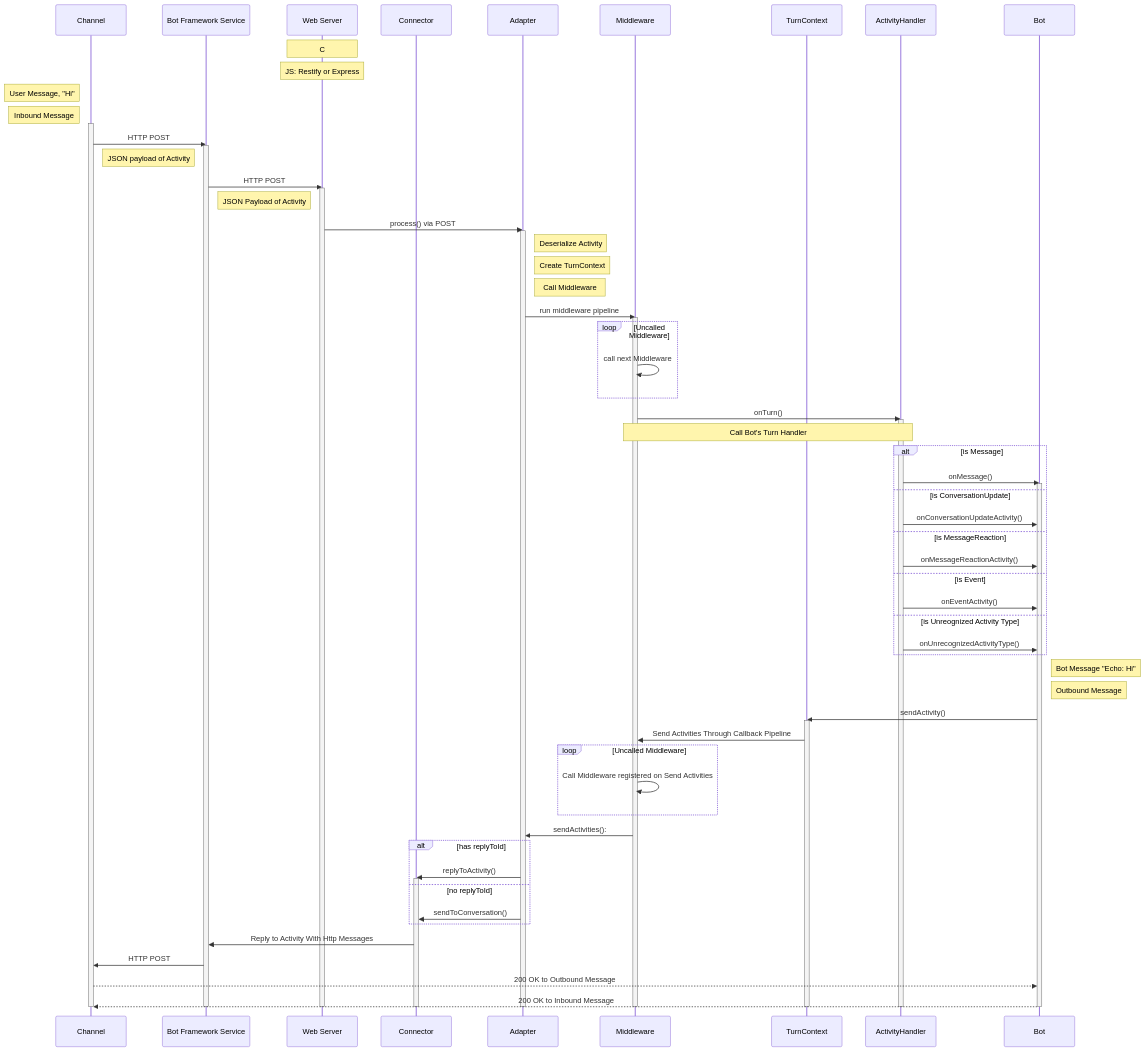
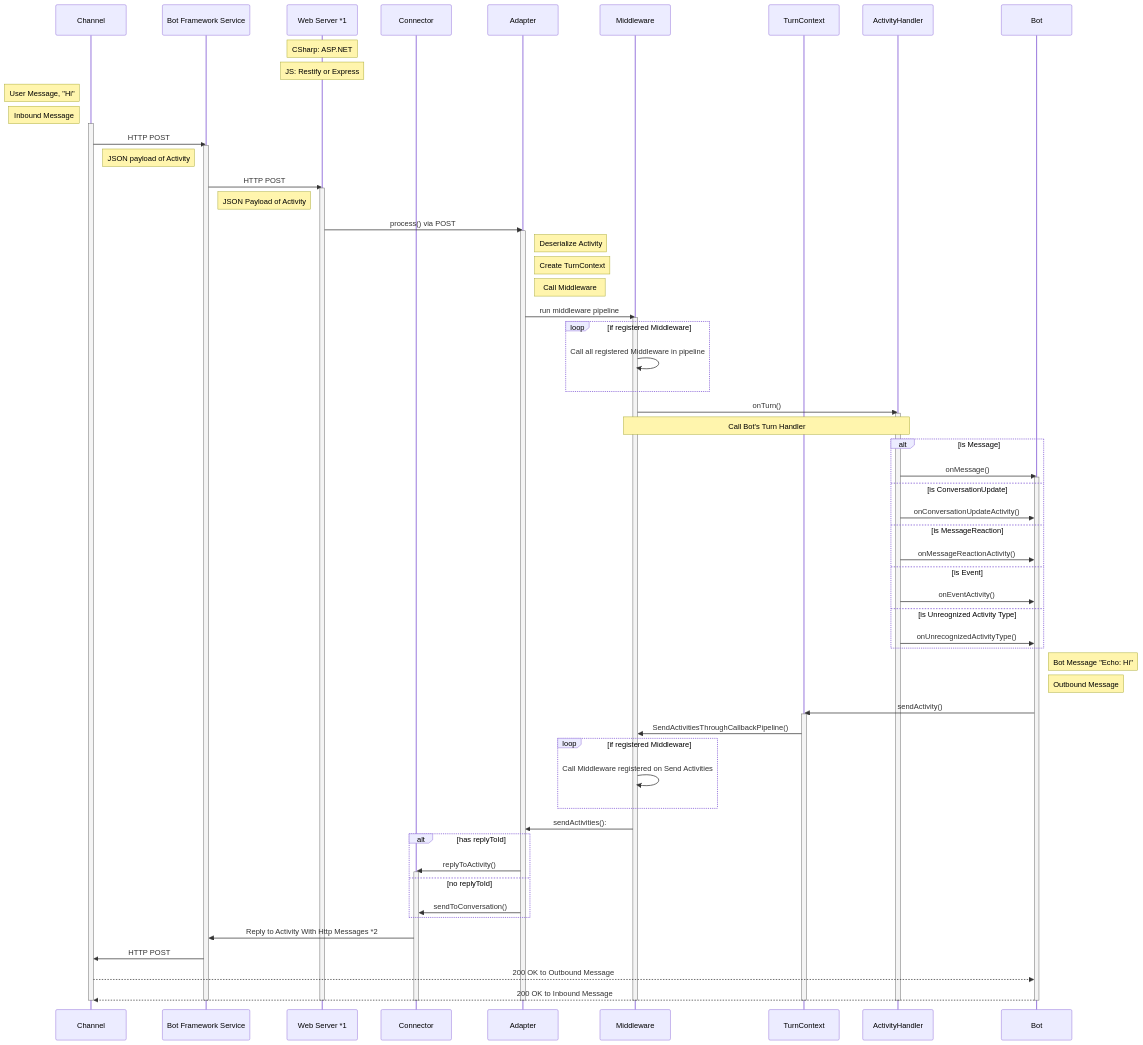
Before and after one commit to Zerryth/Mermaid: the diagram in MarkdownFiles/ActivityFlow/GeneralActivityFlow.md, drawn with Mermaid. The commit also changed other lines of this file and 4 other files, not shown here.

Commit message:
Clarified General ActivityFlow diagram per Chris's feedback (loop condition, method call)

```diff
--- a/MarkdownFiles/ActivityFlow/GeneralActivityFlow.md
+++ b/MarkdownFiles/ActivityFlow/GeneralActivityFlow.md
@@ -2,8 +2,8 @@
     sequenceDiagram
         participant Channel
         participant BFS as Bot Framework Service
-        participant WebServer as Web Server
-        Note over WebServer: C#: ASP.NET
+        participant WebServer as Web Server *1
+        Note over WebServer: CSharp: ASP.NET
         Note over WebServer: JS: Restify or Express
         participant Connector
         participant Adapter 
@@ -32,8 +32,8 @@
         
         Adapter ->> Middleware: run middleware pipeline
         activate Middleware
-        loop Uncalled Middleware
-            Middleware ->> Middleware: call next Middleware
+        loop if registered Middleware
+            Middleware ->> Middleware: Call all registered Middleware in pipeline
         end
 
         Middleware ->> ActivityHandler: onTurn()
@@ -62,9 +62,9 @@
         Bot ->> TurnContext: sendActivity()
         activate TurnContext
 
-        TurnContext ->> Middleware: Send Activities Through Callback Pipeline
+        TurnContext ->> Middleware: SendActivitiesThroughCallbackPipeline()
 
-        loop Uncalled Middleware
+        loop if registered Middleware
             Middleware ->> Middleware: Call Middleware registered on Send Activities
         end
 
@@ -76,7 +76,7 @@
             Adapter ->> Connector: sendToConversation()
         end
 
-        Connector ->> BFS: Reply to Activity With Http Messages
+        Connector ->> BFS: Reply to Activity With Http Messages *2
 
         BFS ->> Channel: HTTP POST
 
```
